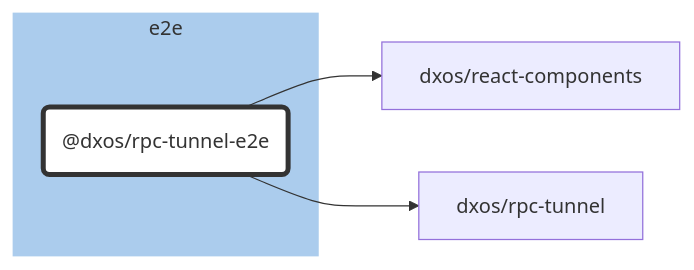
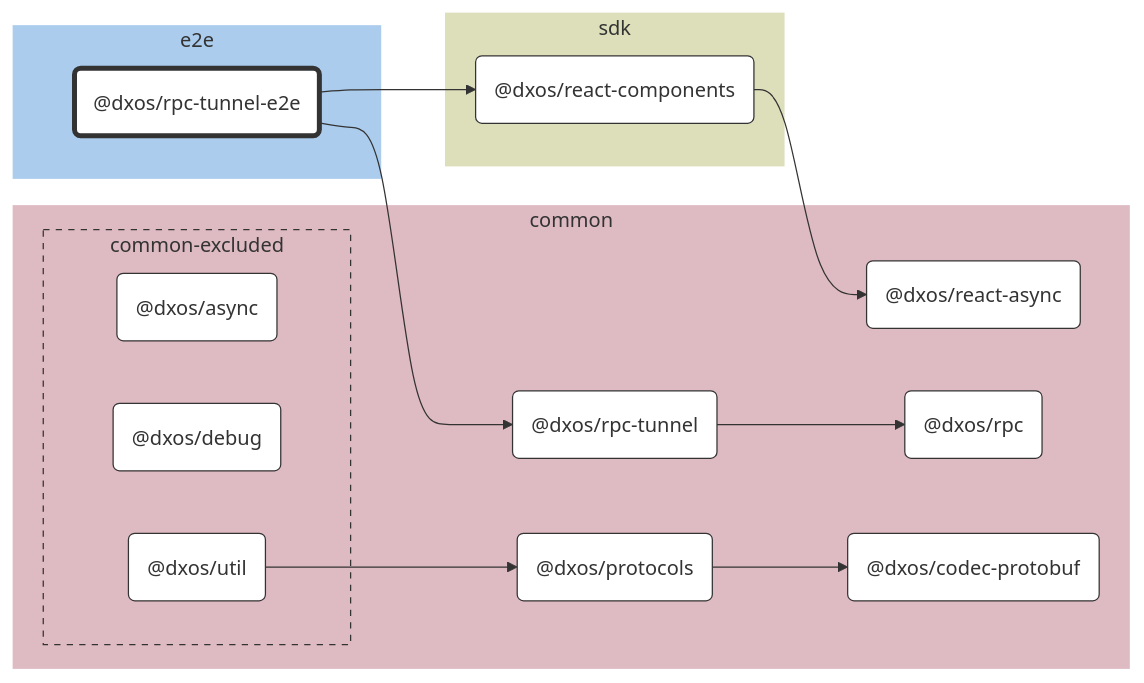
One commit to dxos/dxos changed the diagram in e2e/rpc-tunnel/docs/README.md. Above: the diagram before and after it, drawn with Mermaid. The commit also changed 65 other files, not shown here.

````diff
--- a/e2e/rpc-tunnel/docs/README.md
+++ b/e2e/rpc-tunnel/docs/README.md
@@ -7,22 +7,56 @@
 ```mermaid
 %%{ init: {'flowchart':{'curve':'basis'}} }%%
 
 flowchart LR
 
 %% Classes
 classDef def fill:#fff,stroke:#333,stroke-width:1px
 classDef root fill:#fff,stroke:#333,stroke-width:4px
 
 %% Nodes
 
 subgraph e2e [e2e]
   style e2e fill:#abcced,stroke:#fff
   dxos/rpc-tunnel-e2e("@dxos/rpc-tunnel-e2e"):::root
   click dxos/rpc-tunnel-e2e "dxos/dxos/tree/main/e2e/rpc-tunnel/docs"
 end
 
+subgraph common [common]
+  style common fill:#debac2,stroke:#fff
+  dxos/codec-protobuf("@dxos/codec-protobuf"):::def
+  click dxos/codec-protobuf "dxos/dxos/tree/main/packages/common/codec-protobuf/docs"
+  dxos/protocols("@dxos/protocols"):::def
+  click dxos/protocols "dxos/dxos/tree/main/packages/common/protocols/docs"
+  dxos/react-async("@dxos/react-async"):::def
+  click dxos/react-async "dxos/dxos/tree/main/packages/common/react-async/docs"
+  dxos/rpc("@dxos/rpc"):::def
+  click dxos/rpc "dxos/dxos/tree/main/packages/common/rpc/docs"
+  dxos/rpc-tunnel("@dxos/rpc-tunnel"):::def
+  click dxos/rpc-tunnel "dxos/dxos/tree/main/packages/common/rpc-tunnel/docs"
+
+  subgraph common-excluded [common-excluded]
+    style common-excluded fill:#debac2,stroke:#333,stroke-dasharray:5 5
+    dxos/async("@dxos/async"):::def
+    click dxos/async "dxos/dxos/tree/main/packages/common/async/docs"
+    dxos/debug("@dxos/debug"):::def
+    click dxos/debug "dxos/dxos/tree/main/packages/common/debug/docs"
+    dxos/util("@dxos/util"):::def
+    click dxos/util "dxos/dxos/tree/main/packages/common/util/docs"
+  end
+end
+
+subgraph sdk [sdk]
+  style sdk fill:#dddeba,stroke:#fff
+  dxos/react-components("@dxos/react-components"):::def
+  click dxos/react-components "dxos/dxos/tree/main/packages/sdk/react-components/docs"
+end
+
 %% Links
 linkStyle default stroke:#333,stroke-width:1px
+dxos/protocols --> dxos/codec-protobuf
 dxos/rpc-tunnel-e2e --> dxos/react-components
+dxos/react-components --> dxos/react-async
+dxos/util --> dxos/protocols
 dxos/rpc-tunnel-e2e --> dxos/rpc-tunnel
+dxos/rpc-tunnel --> dxos/rpc
 ```
````
